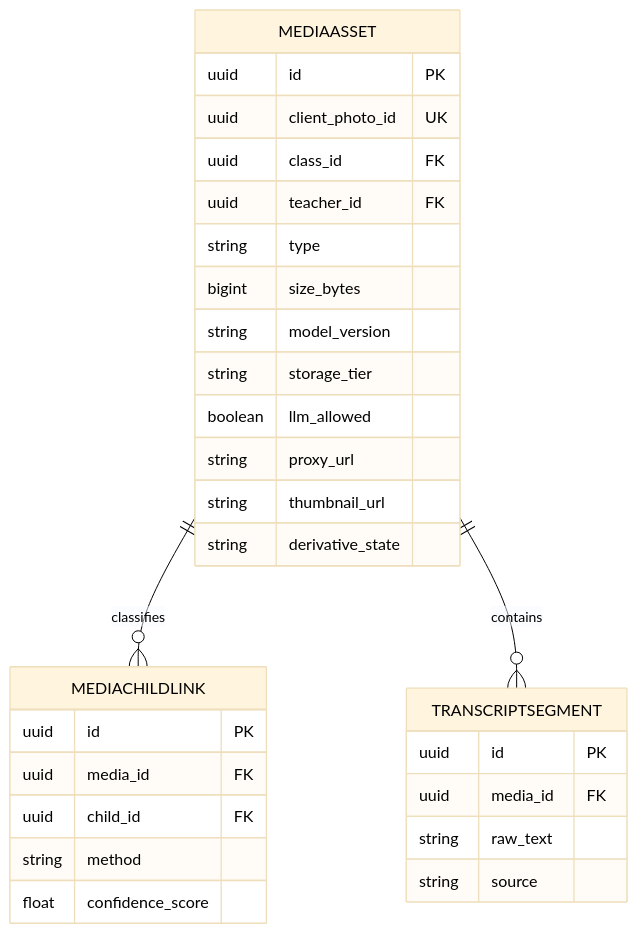
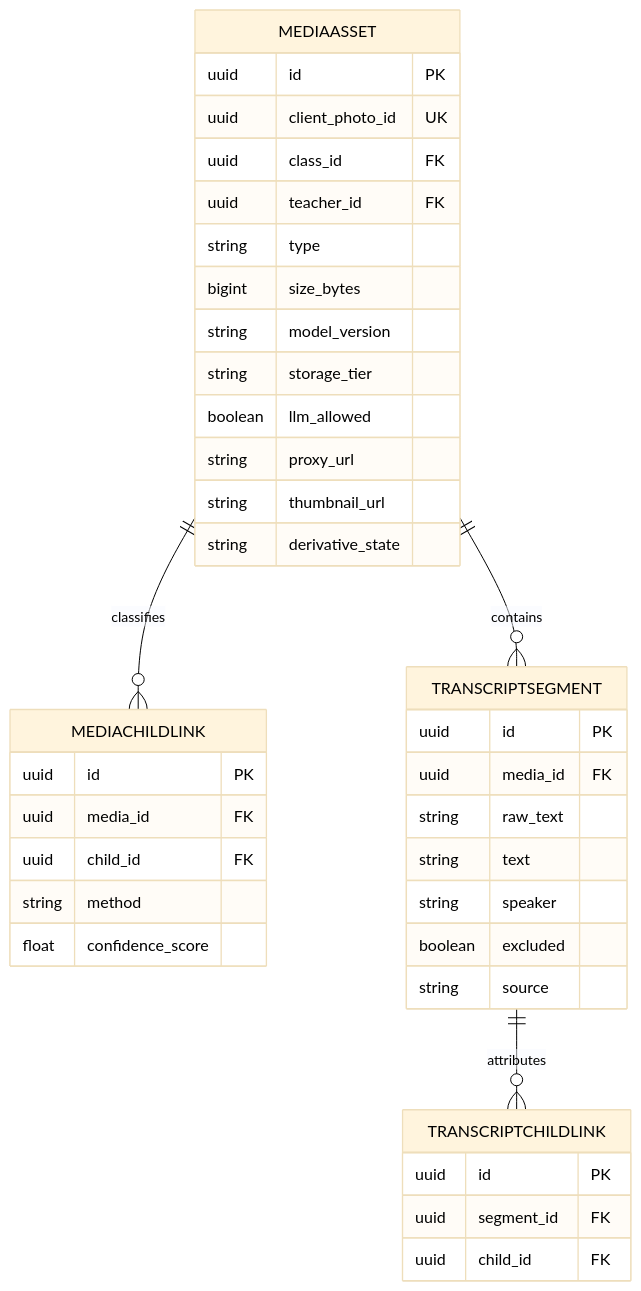
The third of 8 diagrams in docs/테크스펙.md (kakaotechcampus-4/ktc4-chungnam-4), drawn with Mermaid before and after one commit. The commit also changed other lines of this file, not shown here.

````diff
--- a/docs/테크스펙.md
+++ b/docs/테크스펙.md
@@ -525,33 +528,42 @@
 ```mermaid
 %%{init: {'theme':'base', 'themeVariables': {'primaryTextColor':'#000000','textColor':'#000000','lineColor':'#000000'}}}%%
 erDiagram
   MEDIAASSET {
     uuid id PK
     uuid client_photo_id UK
     uuid class_id FK
     uuid teacher_id FK
     string type
     bigint size_bytes
     string model_version
     string storage_tier
     boolean llm_allowed
     string proxy_url
     string thumbnail_url
     string derivative_state
   }
   MEDIACHILDLINK {
     uuid id PK
     uuid media_id FK
     uuid child_id FK
     string method
     float confidence_score
   }
   TRANSCRIPTSEGMENT {
     uuid id PK
     uuid media_id FK
     string raw_text
+    string text
+    string speaker
+    boolean excluded
     string source
+  }
+  TRANSCRIPTCHILDLINK {
+    uuid id PK
+    uuid segment_id FK
+    uuid child_id FK
   }
   MEDIAASSET ||--o{ MEDIACHILDLINK : classifies
   MEDIAASSET ||--o{ TRANSCRIPTSEGMENT : contains
+  TRANSCRIPTSEGMENT ||--o{ TRANSCRIPTCHILDLINK : attributes
 ```
````
